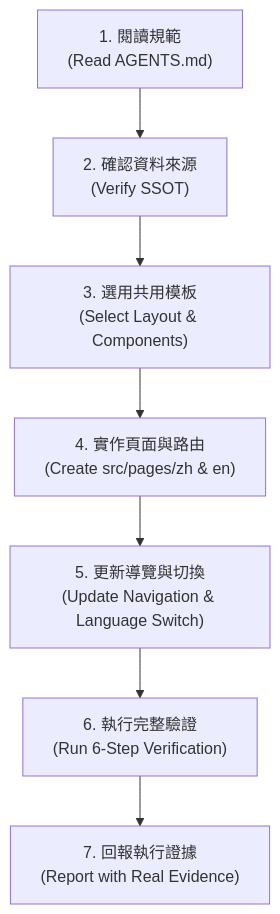
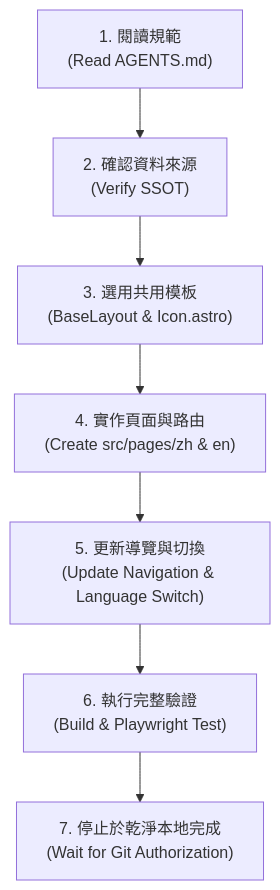
The diagram in AGENTS.md (OPluke11-abula/library), drawn with Mermaid before and after one commit. The commit also changed other lines of this file and 22 other files, not shown here.

````diff
--- a/AGENTS.md
+++ b/AGENTS.md
@@ -146,9 +196,9 @@
 ```mermaid
 flowchart TD
     Step1["1. 閱讀規範<br/>(Read AGENTS.md)"] --> Step2["2. 確認資料來源<br/>(Verify SSOT)"]
-    Step2 --> Step3["3. 選用共用模板<br/>(Select Layout & Components)"]
+    Step2 --> Step3["3. 選用共用模板<br/>(BaseLayout & Icon.astro)"]
     Step3 --> Step4["4. 實作頁面與路由<br/>(Create src/pages/zh & en)"]
     Step4 --> Step5["5. 更新導覽與切換<br/>(Update Navigation & Language Switch)"]
-    Step5 --> Step6["6. 執行完整驗證<br/>(Run 6-Step Verification)"]
-    Step6 --> Step7["7. 回報執行證據<br/>(Report with Real Evidence)"]
+    Step5 --> Step6["6. 執行完整驗證<br/>(Build & Playwright Test)"]
+    Step6 --> Step7["7. 停止於乾淨本地完成<br/>(Wait for Git Authorization)"]
 ```
````
